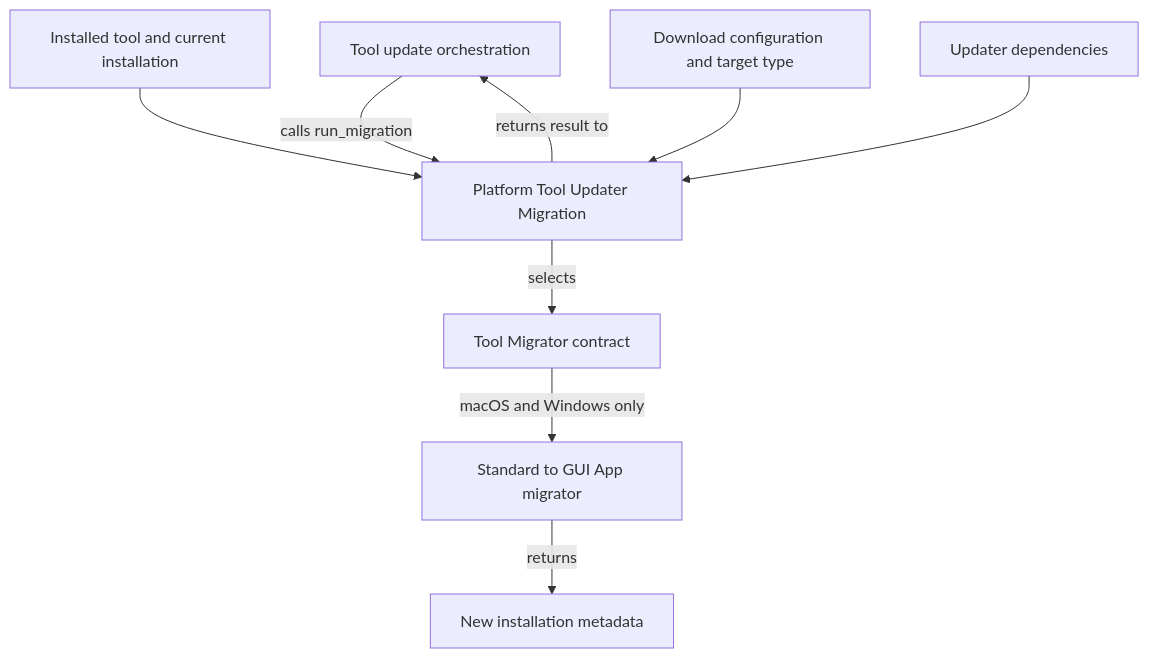
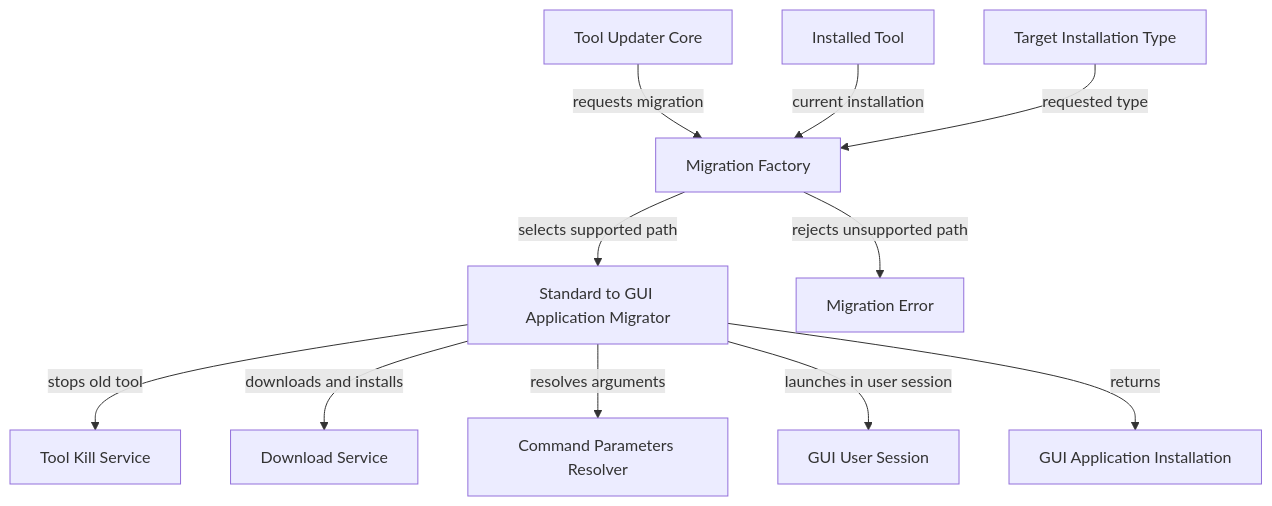
The first of 2 diagrams in docs/reference/architecture/openframe-client-core/platform-tool-updater-migration/platform-tool-updater-migration.md (flamingo-stack/openframe-oss-tenant), drawn with Mermaid before and after one commit. The commit also changed other lines of this file and 2377 other files, not shown here.

````diff
--- a/docs/reference/architecture/openframe-client-core/platform-tool-updater-migration/platform-tool-updater-migration.md
+++ b/docs/reference/architecture/openframe-client-core/platform-tool-updater-migration/platform-tool-updater-migration.md
@@ -36,11 +22,13 @@
 ```mermaid
 flowchart TD
-    Caller["Tool update orchestration"] -->|"calls run_migration"| MigrationModule["Platform Tool Updater Migration"]
-    InstalledTool["Installed tool and current installation"] --> MigrationModule
-    DownloadConfig["Download configuration and target type"] --> MigrationModule
-    Dependencies["Updater dependencies"] --> MigrationModule
-    MigrationModule -->|"selects"| MigratorContract["Tool Migrator contract"]
-    MigratorContract -->|"macOS and Windows only"| StandardGuiMigrator["Standard to GUI App migrator"]
-    StandardGuiMigrator -->|"returns"| NewInstallation["New installation metadata"]
-    MigrationModule -->|"returns result to"| Caller
+    ToolUpdateCore["Tool Updater Core"] -->|"requests migration"| MigrationFactory["Migration Factory"]
+    InstalledTool["Installed Tool"] -->|"current installation"| MigrationFactory
+    TargetType["Target Installation Type"] -->|"requested type"| MigrationFactory
+    MigrationFactory -->|"selects supported path"| StandardToGui["Standard to GUI Application Migrator"]
+    MigrationFactory -->|"rejects unsupported path"| Unsupported["Migration Error"]
+    StandardToGui -->|"stops old tool"| ToolKill["Tool Kill Service"]
+    StandardToGui -->|"downloads and installs"| DownloadService["Download Service"]
+    StandardToGui -->|"resolves arguments"| CommandResolver["Command Parameters Resolver"]
+    StandardToGui -->|"launches in user session"| GuiSession["GUI User Session"]
+    StandardToGui -->|"returns"| NewInstallation["GUI Application Installation"]
 ```
````
